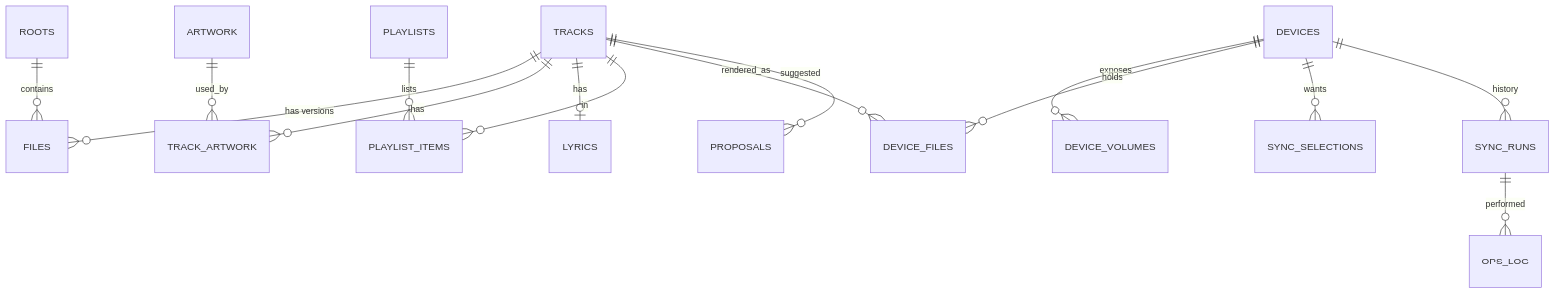
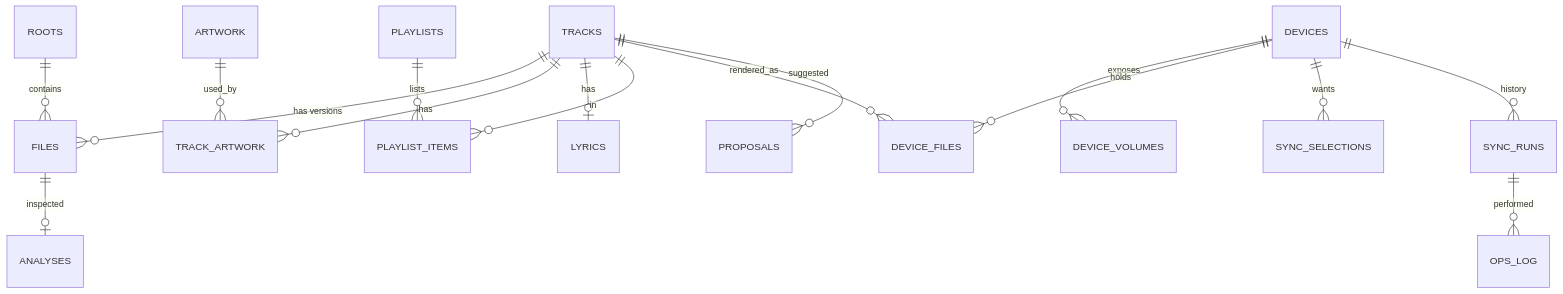
Before and after one commit to hoangphi01/walktunes: the diagram in docs/DATABASE.md, drawn with Mermaid. The commit also changed other lines of this file and 18 other files, not shown here.

First line of the commit message:
docs: add quality inspection (Spek-like) and CPU architecture strategy

````diff
--- a/docs/DATABASE.md
+++ b/docs/DATABASE.md
@@ -32,17 +32,18 @@
 ```mermaid
 erDiagram
   ROOTS ||--o{ FILES : contains
   TRACKS ||--o{ FILES : "has versions"
   TRACKS ||--o{ TRACK_ARTWORK : has
   ARTWORK ||--o{ TRACK_ARTWORK : used_by
   TRACKS ||--o| LYRICS : has
   PLAYLISTS ||--o{ PLAYLIST_ITEMS : lists
   TRACKS ||--o{ PLAYLIST_ITEMS : in
   DEVICES ||--o{ DEVICE_VOLUMES : exposes
   DEVICES ||--o{ DEVICE_FILES : holds
   TRACKS ||--o{ DEVICE_FILES : rendered_as
   DEVICES ||--o{ SYNC_SELECTIONS : wants
   DEVICES ||--o{ SYNC_RUNS : history
   SYNC_RUNS ||--o{ OPS_LOG : performed
   TRACKS ||--o{ PROPOSALS : suggested
+  FILES ||--o| ANALYSES : inspected
 ```
````
